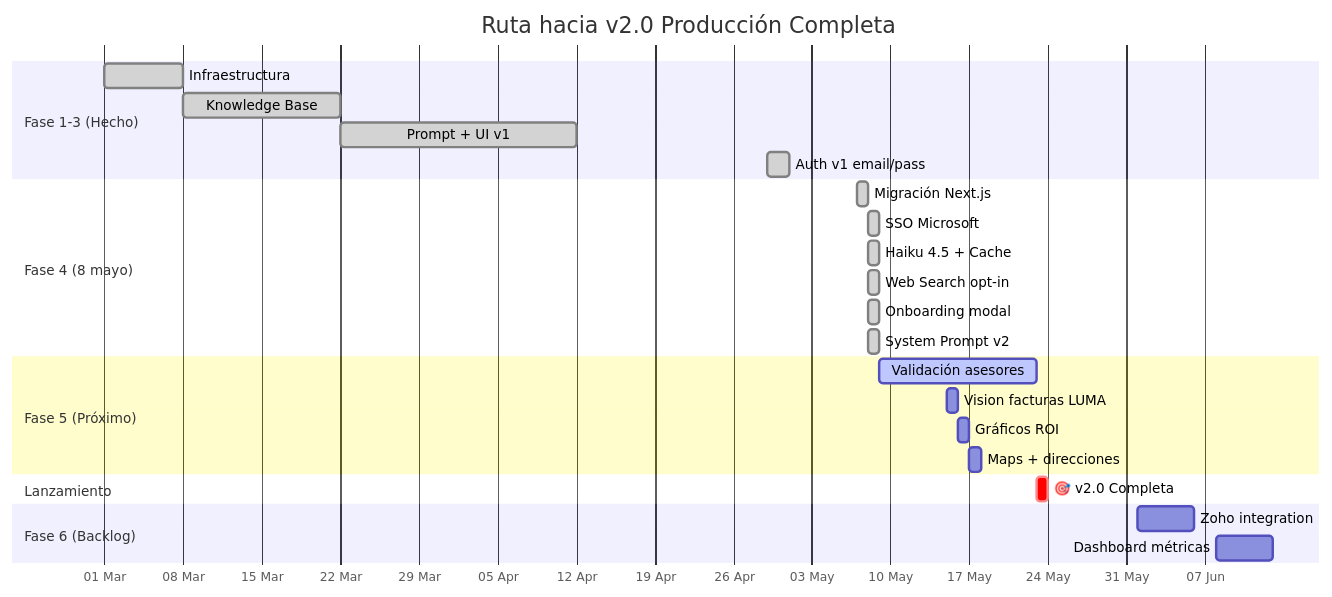
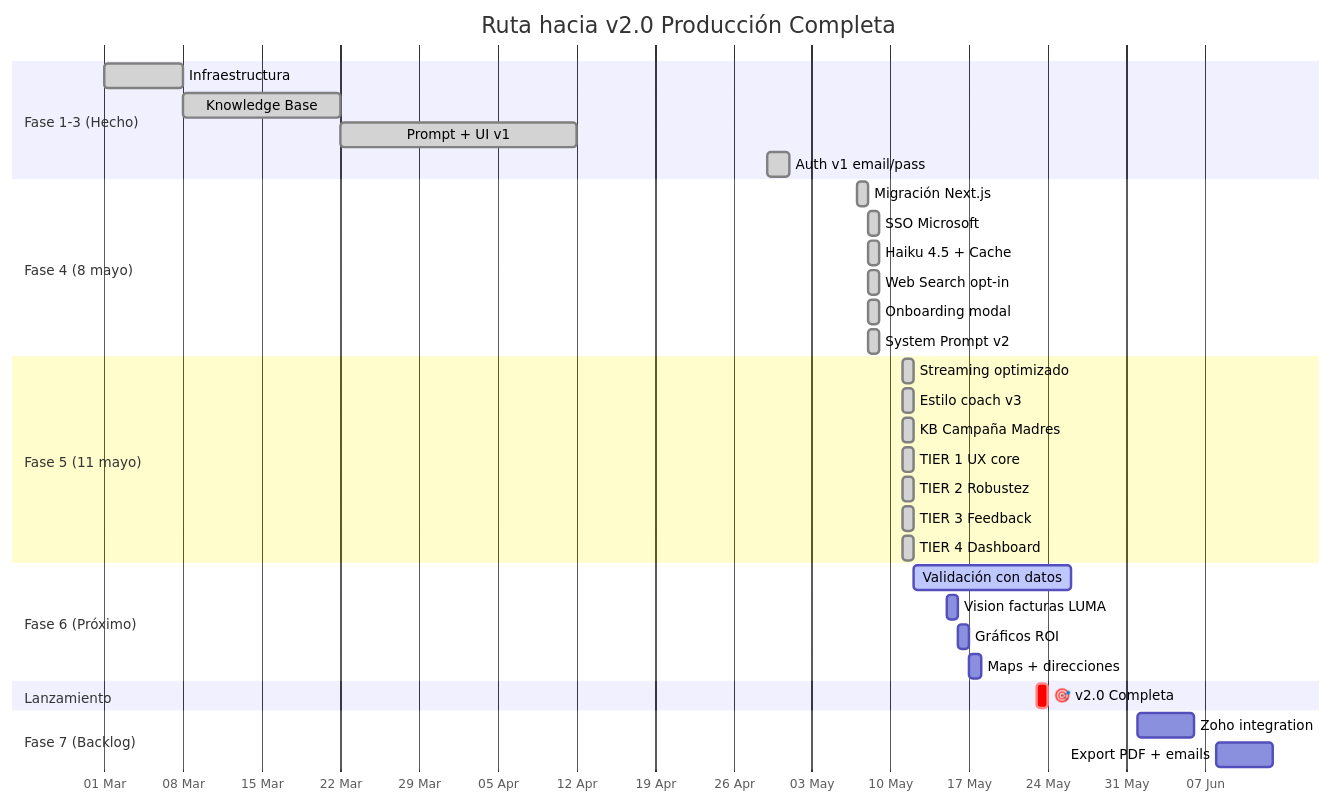
Before and after one commit to JnSbstnRivera/WINDMAR-AI-AGENT: the ninth of 10 diagrams in ROADMAP.md, drawn with Mermaid. The commit also changed other lines of this file and 2 other files, not shown here.

First line of the commit message:
feat: dashboard default 'Todo' + toolbar sticky + ROADMAP v3

````diff
--- a/ROADMAP.md
+++ b/ROADMAP.md
@@ -207,33 +259,42 @@
 ```mermaid
 gantt
     title Ruta hacia v2.0 Producción Completa
     dateFormat YYYY-MM-DD
     axisFormat %d %b
 
     section Fase 1-3 (Hecho)
     Infraestructura      :done,    a1, 2026-03-01, 7d
     Knowledge Base       :done,    b1, 2026-03-08, 14d
     Prompt + UI v1       :done,    c1, 2026-03-22, 21d
     Auth v1 email/pass   :done,    h1, 2026-04-29, 2d
 
     section Fase 4 (8 mayo)
     Migración Next.js    :done,    i1, 2026-05-07, 1d
     SSO Microsoft        :done,    i3, 2026-05-08, 1d
     Haiku 4.5 + Cache    :done,    j1, 2026-05-08, 1d
     Web Search opt-in    :done,    j2, 2026-05-08, 1d
     Onboarding modal     :done,    k1, 2026-05-08, 1d
     System Prompt v2     :done,    c2, 2026-05-08, 1d
 
-    section Fase 5 (Próximo)
-    Validación asesores  :active,  e1, 2026-05-09, 14d
+    section Fase 5 (11 mayo)
+    Streaming optimizado :done,    l1, 2026-05-11, 1d
+    Estilo coach v3      :done,    l2, 2026-05-11, 1d
+    KB Campaña Madres    :done,    l3, 2026-05-11, 1d
+    TIER 1 UX core       :done,    l4, 2026-05-11, 1d
+    TIER 2 Robustez      :done,    l5, 2026-05-11, 1d
+    TIER 3 Feedback      :done,    l6, 2026-05-11, 1d
+    TIER 4 Dashboard     :done,    l7, 2026-05-11, 1d
+
+    section Fase 6 (Próximo)
+    Validación con datos :active,  e1, 2026-05-12, 14d
     Vision facturas LUMA :         f1, 2026-05-15, 1d
     Gráficos ROI         :         f2, 2026-05-16, 1d
     Maps + direcciones   :         f3, 2026-05-17, 1d
 
     section Lanzamiento
     🎯 v2.0 Completa     :crit,    v1, 2026-05-23, 1d
 
-    section Fase 6 (Backlog)
+    section Fase 7 (Backlog)
     Zoho integration     :         g1, 2026-06-01, 5d
-    Dashboard métricas   :         g2, 2026-06-08, 5d
+    Export PDF + emails  :         g2, 2026-06-08, 5d
 ```
````
